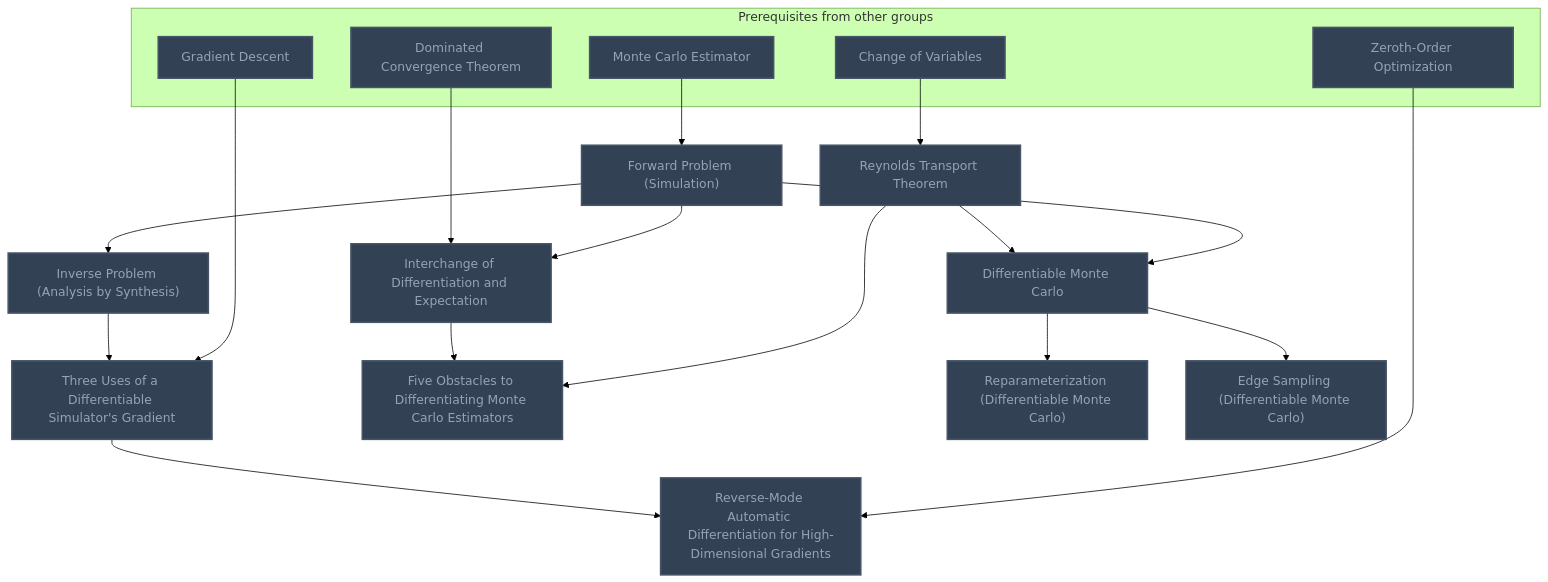
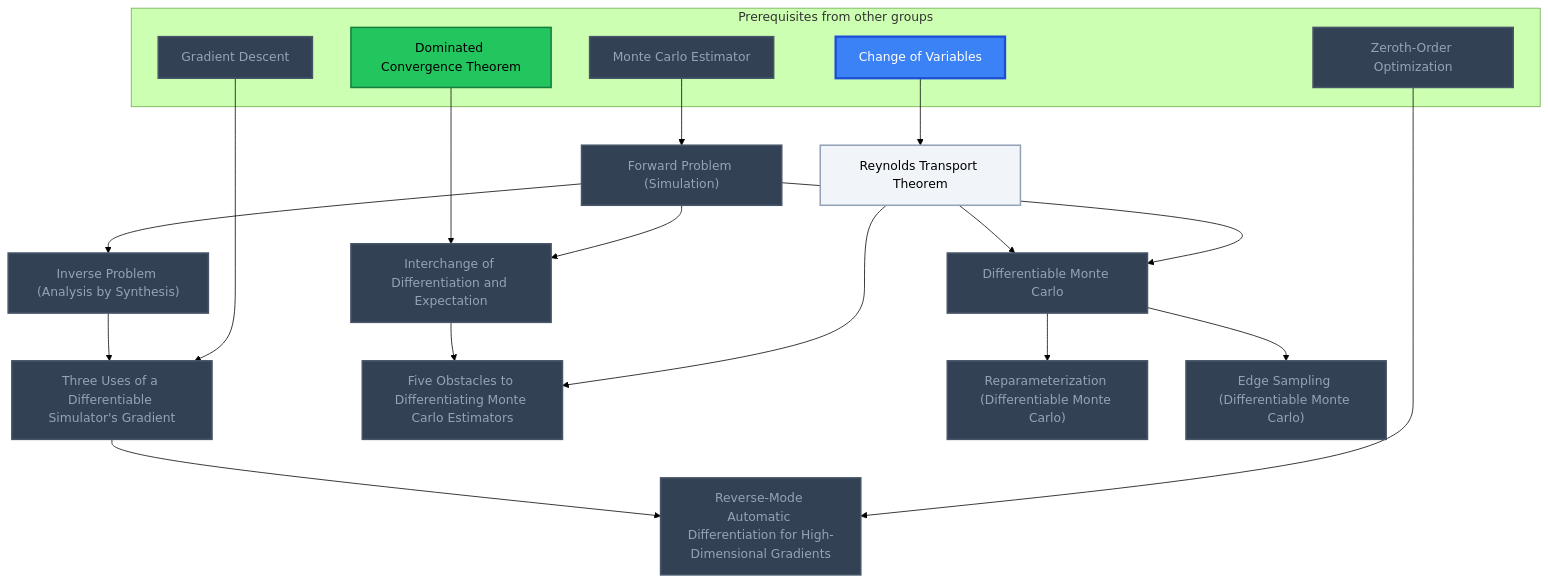
The ninth of 9 diagrams in Gamification/Skill Trees/Monte Carlo Methods.md (MRauf1/My-Notes), drawn with Mermaid (forest theme) before and after one commit. The commit also changed other lines of this file and 145 other files, not shown here.

````diff
--- a/Gamification/Skill Trees/Monte Carlo Methods.md
+++ b/Gamification/Skill Trees/Monte Carlo Methods.md
@@ -433,46 +437,49 @@
 ```mermaid
 flowchart TD
     classDef planned fill:#1E293B,stroke:#64748B,stroke-width:2px,stroke-dasharray:5 5,color:#94A3B8;
     classDef locked fill:#334155,stroke:#475569,stroke-width:2px,color:#94A3B8;
     classDef L0 fill:#F1F5F9,stroke:#94A3B8,stroke-width:2px,color:#000000;
     classDef L1 fill:#22C55E,stroke:#15803D,stroke-width:2px,color:#000000;
     classDef L2 fill:#3B82F6,stroke:#1D4ED8,stroke-width:3px,color:#FFFFFF;
     classDef L3 fill:#A855F7,stroke:#6B21A8,stroke-width:3px,color:#FFFFFF,font-weight:bold;
     classDef L4 fill:#F97316,stroke:#C2410C,stroke-width:4px,color:#000000,font-weight:bold;
     classDef L5 fill:#FFD700,stroke:#FF8C00,stroke-width:5px,color:#000000,font-weight:bold;
     classDef rusty stroke:#8B4513,stroke-width:4px,stroke-dasharray:3 3;
     subgraph sg_prereqs["Prerequisites from other groups"]
         n_monte_carlo_estimator["Monte Carlo Estimator"]
         n_gradient_descent["Gradient Descent"]
         n_zeroth_order_optimization["Zeroth-Order Optimization"]
         n_dominated_convergence_theorem["Dominated Convergence Theorem"]
         n_change_of_variables["Change of Variables"]
     end
     n_forward_problem_simulation["Forward Problem (Simulation)"]
     n_inverse_problem_analysis_by_synthesis["Inverse Problem (Analysis by Synthesis)"]
     n_three_uses_of_a_differentiable_simulator_s_gradient["Three Uses of a Differentiable Simulator's Gradient"]
     n_reverse_mode_automatic_differentiation_for_high_dimensional_gradients["Reverse-Mode Automatic Differentiation for High-Dimensional Gradients"]
     n_interchange_of_differentiation_and_expectation["Interchange of Differentiation and Expectation"]
     n_reynolds_transport_theorem["Reynolds Transport Theorem"]
     n_five_obstacles_to_differentiating_monte_carlo_estimators["Five Obstacles to Differentiating Monte Carlo Estimators"]
     n_differentiable_monte_carlo["Differentiable Monte Carlo"]
     n_reparameterization_differentiable_monte_carlo["Reparameterization (Differentiable Monte Carlo)"]
     n_edge_sampling_differentiable_monte_carlo["Edge Sampling (Differentiable Monte Carlo)"]
     n_monte_carlo_estimator --> n_forward_problem_simulation
     n_forward_problem_simulation --> n_inverse_problem_analysis_by_synthesis
     n_inverse_problem_analysis_by_synthesis --> n_three_uses_of_a_differentiable_simulator_s_gradient
     n_gradient_descent --> n_three_uses_of_a_differentiable_simulator_s_gradient
     n_three_uses_of_a_differentiable_simulator_s_gradient --> n_reverse_mode_automatic_differentiation_for_high_dimensional_gradients
     n_zeroth_order_optimization --> n_reverse_mode_automatic_differentiation_for_high_dimensional_gradients
     n_dominated_convergence_theorem --> n_interchange_of_differentiation_and_expectation
     n_forward_problem_simulation --> n_interchange_of_differentiation_and_expectation
     n_change_of_variables --> n_reynolds_transport_theorem
     n_interchange_of_differentiation_and_expectation --> n_five_obstacles_to_differentiating_monte_carlo_estimators
     n_reynolds_transport_theorem --> n_five_obstacles_to_differentiating_monte_carlo_estimators
     n_reynolds_transport_theorem --> n_differentiable_monte_carlo
     n_forward_problem_simulation --> n_differentiable_monte_carlo
     n_differentiable_monte_carlo --> n_reparameterization_differentiable_monte_carlo
     n_differentiable_monte_carlo --> n_edge_sampling_differentiable_monte_carlo
-    class n_monte_carlo_estimator,n_gradient_descent,n_zeroth_order_optimization,n_dominated_convergence_theorem,n_change_of_variables,n_forward_problem_simulation,n_inverse_problem_analysis_by_synthesis,n_three_uses_of_a_differentiable_simulator_s_gradient,n_reverse_mode_automatic_differentiation_for_high_dimensional_gradients,n_interchange_of_differentiation_and_expectation,n_reynolds_transport_theorem,n_five_obstacles_to_differentiating_monte_carlo_estimators,n_differentiable_monte_carlo,n_reparameterization_differentiable_monte_carlo,n_edge_sampling_differentiable_monte_carlo locked;
+    class n_monte_carlo_estimator,n_gradient_descent,n_zeroth_order_optimization,n_forward_problem_simulation,n_inverse_problem_analysis_by_synthesis,n_three_uses_of_a_differentiable_simulator_s_gradient,n_reverse_mode_automatic_differentiation_for_high_dimensional_gradients,n_interchange_of_differentiation_and_expectation,n_five_obstacles_to_differentiating_monte_carlo_estimators,n_differentiable_monte_carlo,n_reparameterization_differentiable_monte_carlo,n_edge_sampling_differentiable_monte_carlo locked;
+    class n_reynolds_transport_theorem L0;
+    class n_dominated_convergence_theorem L1;
+    class n_change_of_variables L2;
     class n_monte_carlo_estimator,n_gradient_descent,n_zeroth_order_optimization,n_dominated_convergence_theorem,n_change_of_variables,n_forward_problem_simulation,n_inverse_problem_analysis_by_synthesis,n_three_uses_of_a_differentiable_simulator_s_gradient,n_reverse_mode_automatic_differentiation_for_high_dimensional_gradients,n_interchange_of_differentiation_and_expectation,n_reynolds_transport_theorem,n_five_obstacles_to_differentiating_monte_carlo_estimators,n_differentiable_monte_carlo,n_reparameterization_differentiable_monte_carlo,n_edge_sampling_differentiable_monte_carlo internal-link;
 ```
````
